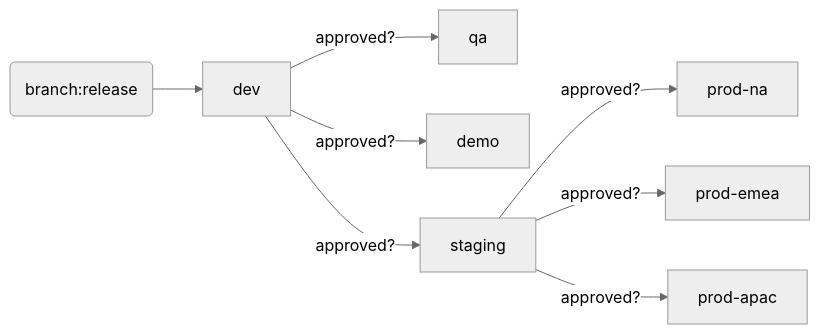
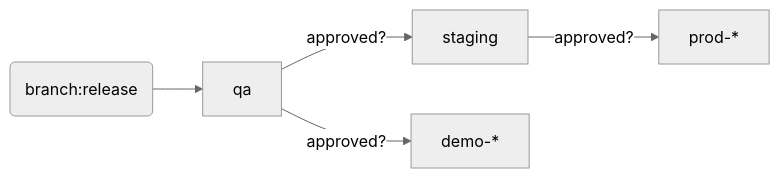
One commit to christianacca/web-api-starter changed the second of 2 diagrams in docs/branch-and-deployment-strategy.md. Above: the diagram before and after it, drawn with Mermaid (neutral theme). The commit also changed other lines of this file and 8 other files, not shown here.

````diff
--- a/docs/branch-and-deployment-strategy.md
+++ b/docs/branch-and-deployment-strategy.md
@@ -43,10 +48,7 @@
 ```mermaid
   graph LR;
-      code(branch:release) --> dev;
-      dev -- approved? --> qa;
-      dev -- approved? --> demo;
-      dev -- approved? --> staging;
-      staging -- approved? --> prod-na;
-      staging -- approved? --> prod-emea;
-      staging -- approved? --> prod-apac;
+      code(branch:release) --> qa;
+      qa -- approved? --> staging;
+      qa -- approved? --> demo-*;
+      staging -- approved? --> prod-*;
 ```
````
